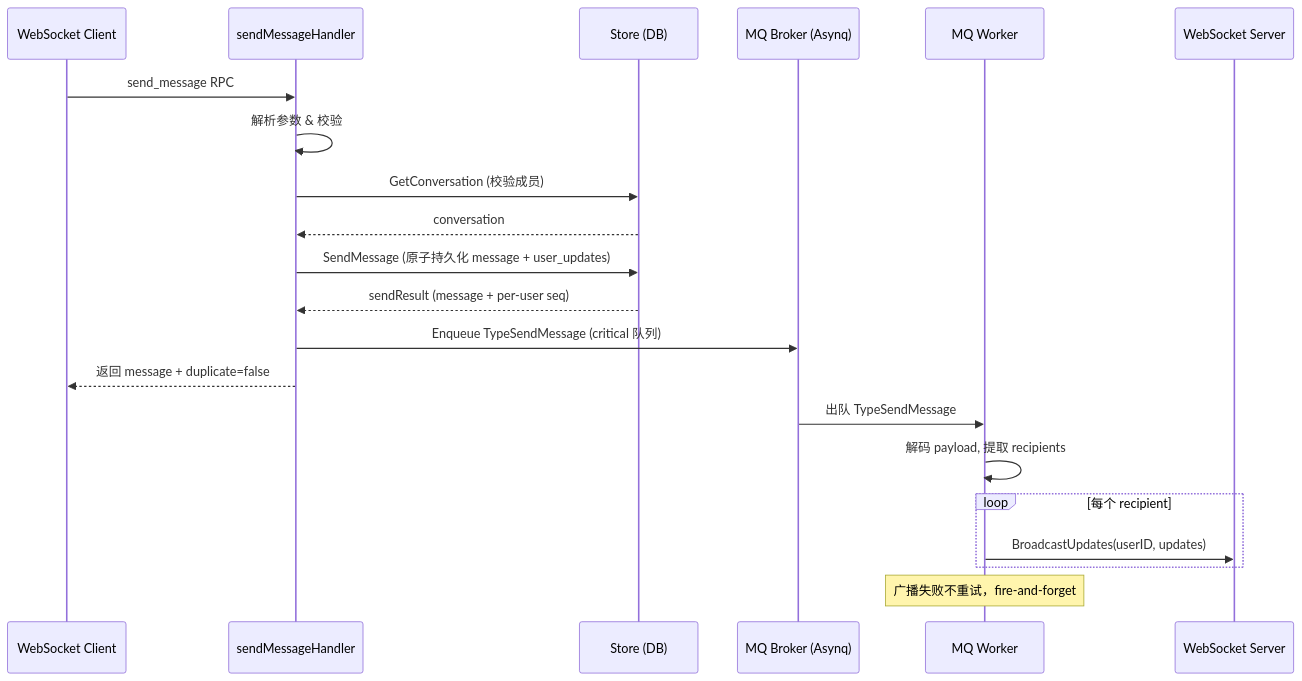
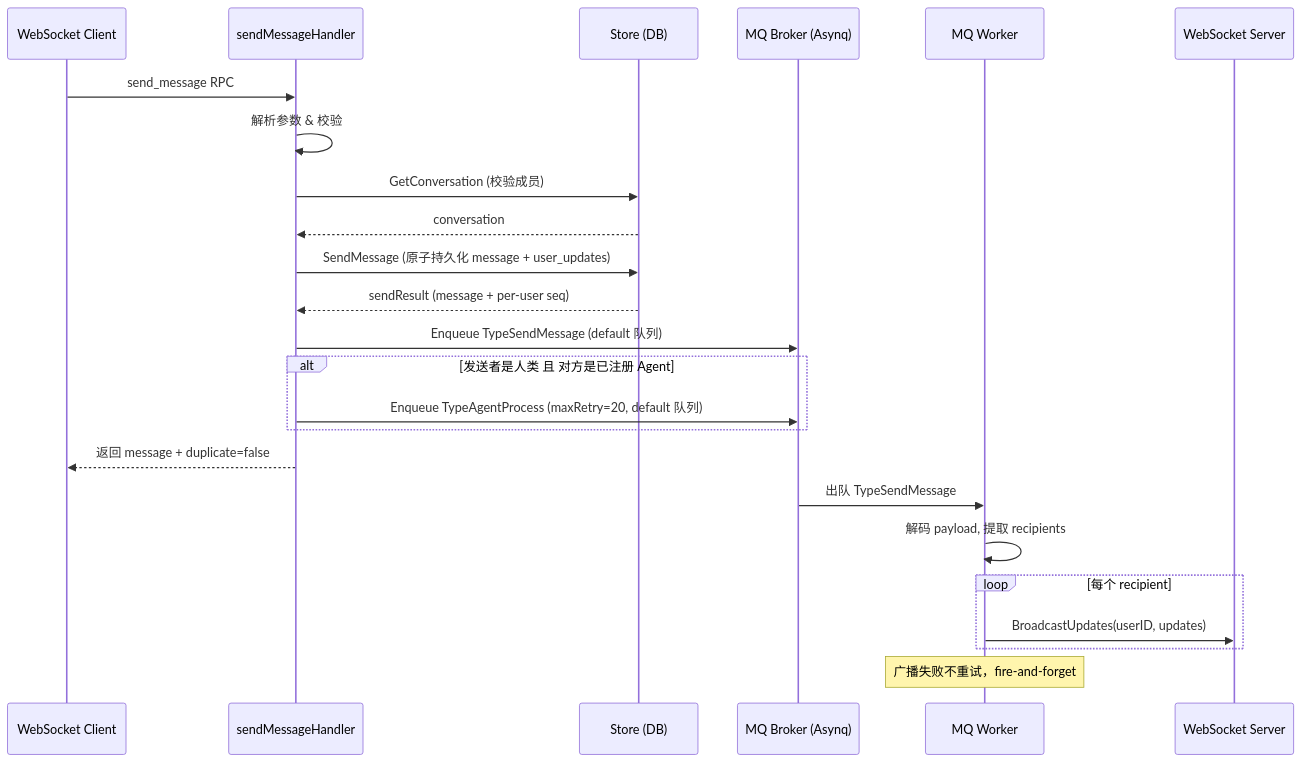
The first of 8 diagrams in wiki/flows/mq-async.md (PineappleBond/xyncra-server), drawn with Mermaid before and after one commit. The commit also changed other lines of this file and 16 other files, not shown here.

First line of the commit message:
docs(wiki): comprehensive review and fix of all flow documents

````diff
--- a/wiki/flows/mq-async.md
+++ b/wiki/flows/mq-async.md
@@ -9,24 +9,27 @@
 ```mermaid
 sequenceDiagram
     participant Client as WebSocket Client
     participant Handler as sendMessageHandler
     participant Store as Store (DB)
     participant Broker as MQ Broker (Asynq)
     participant Worker as MQ Worker
     participant WS as WebSocket Server
 
     Client->>Handler: send_message RPC
     Handler->>Handler: 解析参数 & 校验
     Handler->>Store: GetConversation (校验成员)
     Store-->>Handler: conversation
     Handler->>Store: SendMessage (原子持久化 message + user_updates)
     Store-->>Handler: sendResult (message + per-user seq)
-    Handler->>Broker: Enqueue TypeSendMessage (critical 队列)
+    Handler->>Broker: Enqueue TypeSendMessage (default 队列)
+    alt 发送者是人类 且 对方是已注册 Agent
+        Handler->>Broker: Enqueue TypeAgentProcess (maxRetry=20, default 队列)
+    end
     Handler-->>Client: 返回 message + duplicate=false
     Broker->>Worker: 出队 TypeSendMessage
     Worker->>Worker: 解码 payload, 提取 recipients
     loop 每个 recipient
         Worker->>WS: BroadcastUpdates(userID, updates)
     end
     Note over Worker: 广播失败不重试，fire-and-forget
 ```
````
